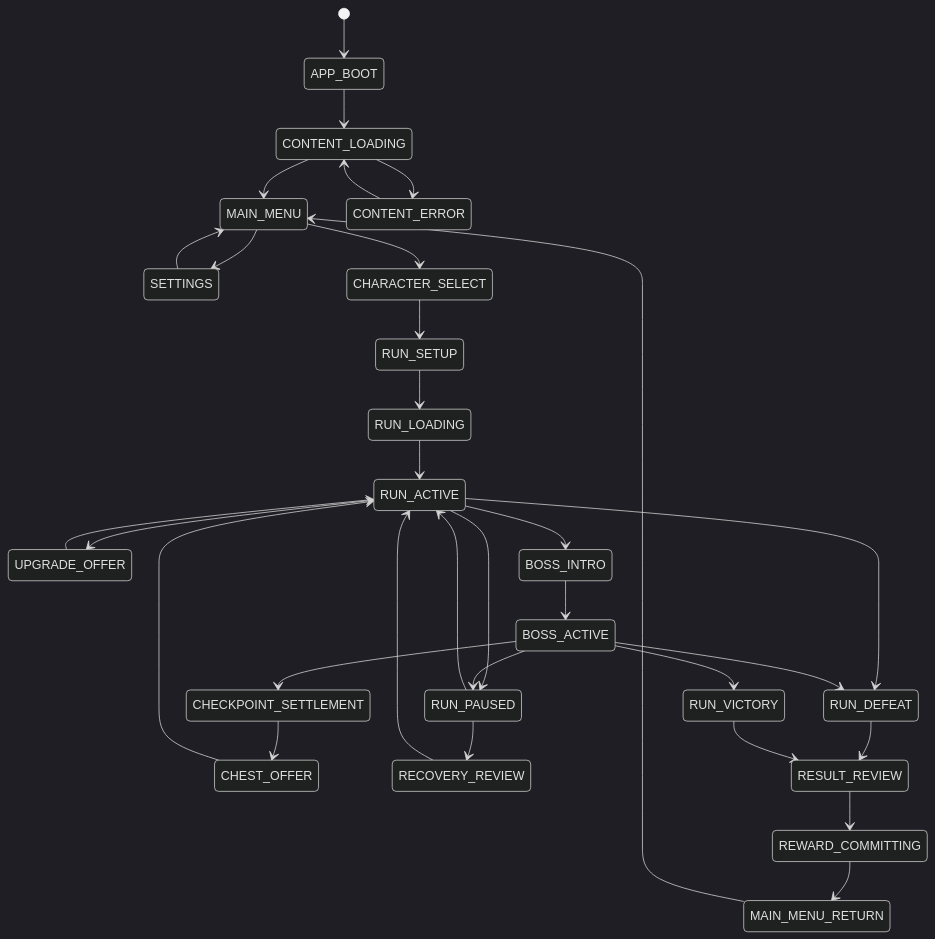
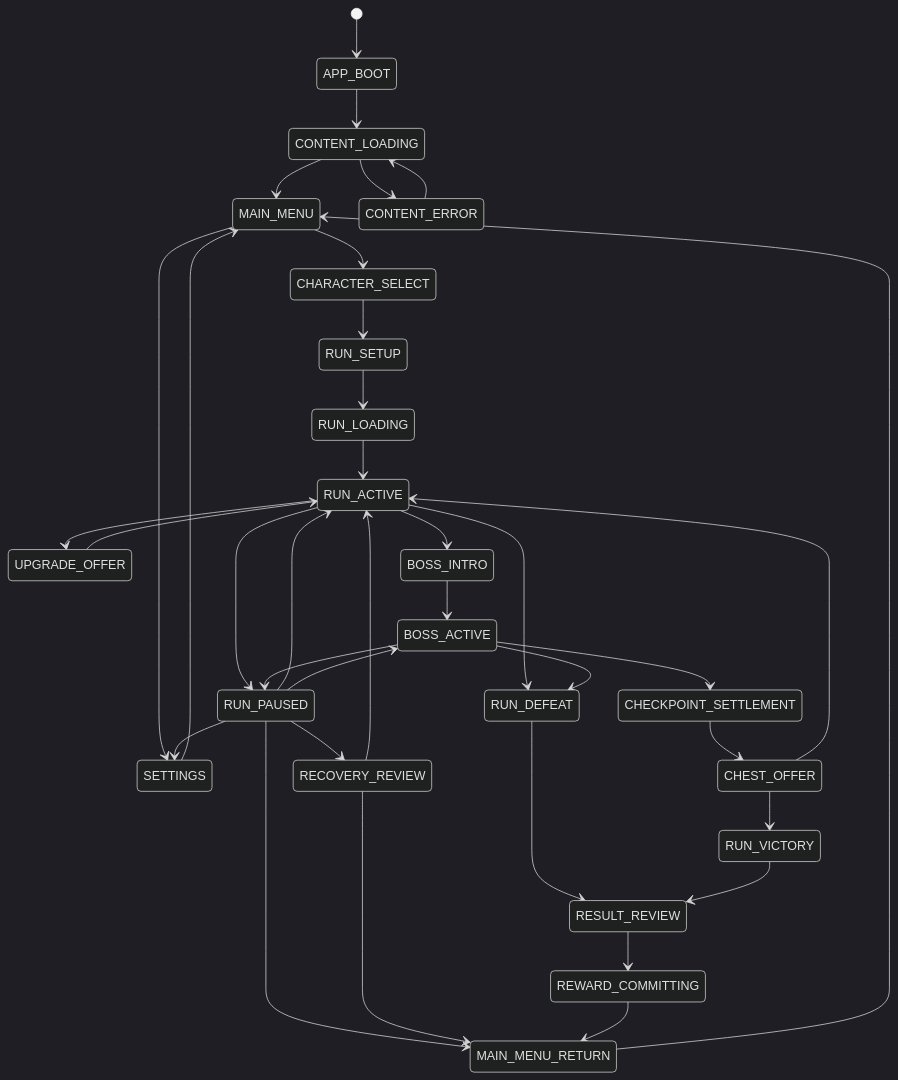
The diagram in docs/architecture/first-run/FIRST_RUN_STATE_MACHINE.md (xxiamadelxx-blip/mac), drawn with Mermaid (dark theme) before and after one commit. The commit also changed other lines of this file, not shown here.

Commit message:
docs(architecture): close final boss settlement state path

```diff
--- a/docs/architecture/first-run/FIRST_RUN_STATE_MACHINE.md
+++ b/docs/architecture/first-run/FIRST_RUN_STATE_MACHINE.md
@@ -51,34 +51,38 @@
 ~~~mermaid
 stateDiagram-v2
     [*] --> APP_BOOT
     APP_BOOT --> CONTENT_LOADING
     CONTENT_LOADING --> MAIN_MENU
     CONTENT_LOADING --> CONTENT_ERROR
     CONTENT_ERROR --> CONTENT_LOADING
     MAIN_MENU --> SETTINGS
     SETTINGS --> MAIN_MENU
     MAIN_MENU --> CHARACTER_SELECT
     CHARACTER_SELECT --> RUN_SETUP
     RUN_SETUP --> RUN_LOADING
     RUN_LOADING --> RUN_ACTIVE
     RUN_ACTIVE --> UPGRADE_OFFER
     UPGRADE_OFFER --> RUN_ACTIVE
     RUN_ACTIVE --> BOSS_INTRO
     BOSS_INTRO --> BOSS_ACTIVE
     BOSS_ACTIVE --> CHECKPOINT_SETTLEMENT
     CHECKPOINT_SETTLEMENT --> CHEST_OFFER
     CHEST_OFFER --> RUN_ACTIVE
+    CHEST_OFFER --> RUN_VICTORY
     RUN_ACTIVE --> RUN_PAUSED
     BOSS_ACTIVE --> RUN_PAUSED
     RUN_PAUSED --> RUN_ACTIVE
+    RUN_PAUSED --> BOSS_ACTIVE
+    RUN_PAUSED --> SETTINGS
+    RUN_PAUSED --> MAIN_MENU_RETURN
     RUN_PAUSED --> RECOVERY_REVIEW
     RECOVERY_REVIEW --> RUN_ACTIVE
+    RECOVERY_REVIEW --> MAIN_MENU_RETURN
     RUN_ACTIVE --> RUN_DEFEAT
     BOSS_ACTIVE --> RUN_DEFEAT
-    BOSS_ACTIVE --> RUN_VICTORY
     RUN_DEFEAT --> RESULT_REVIEW
     RUN_VICTORY --> RESULT_REVIEW
     RESULT_REVIEW --> REWARD_COMMITTING
     REWARD_COMMITTING --> MAIN_MENU_RETURN
     MAIN_MENU_RETURN --> MAIN_MENU
 ~~~
```
